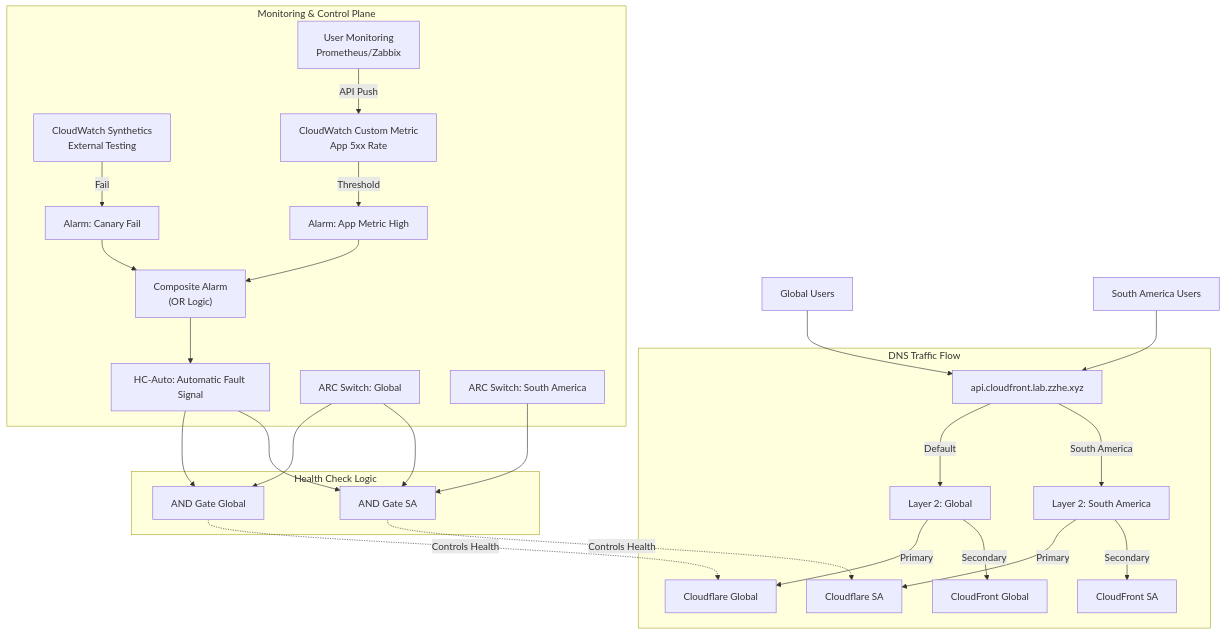
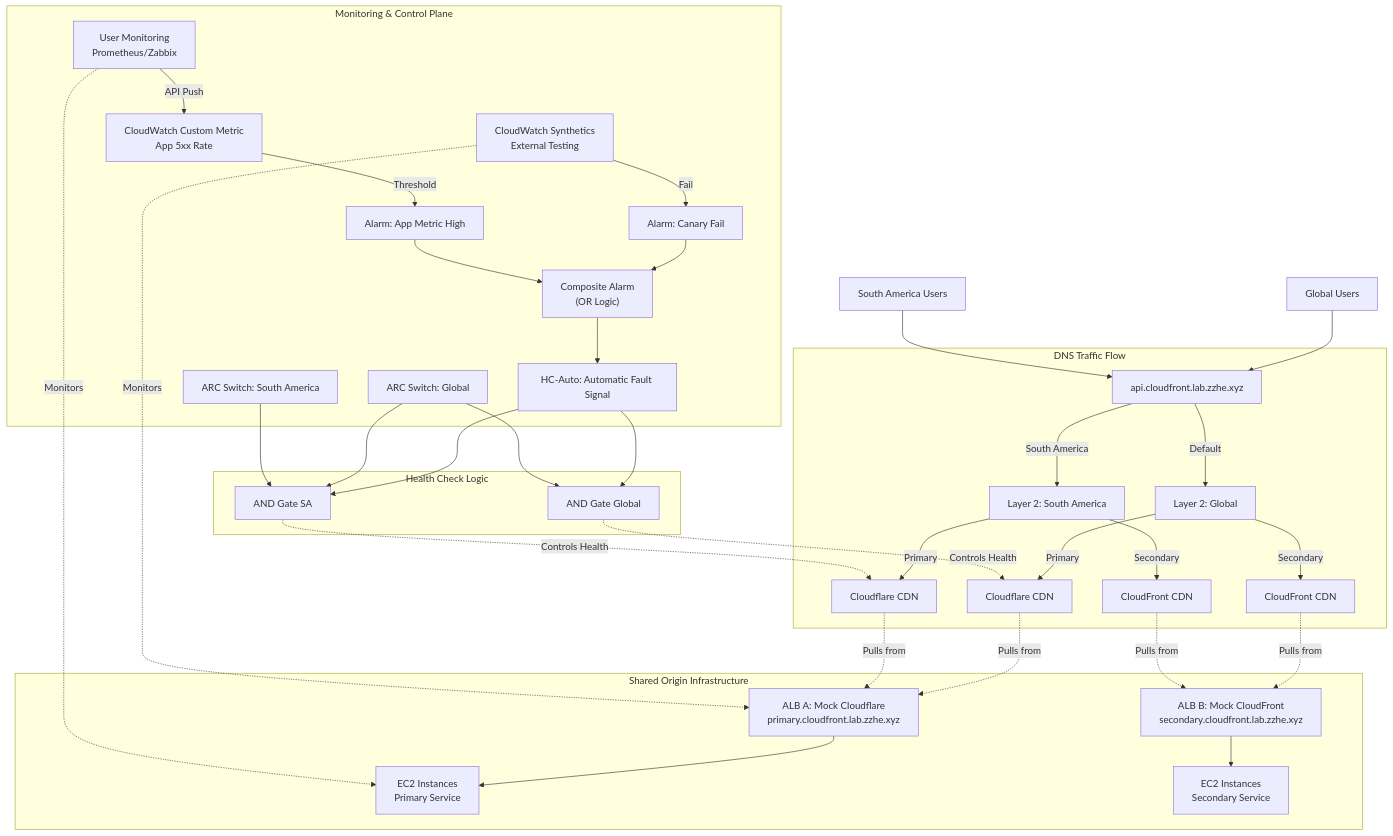
Before and after one commit to zhang1980s/aws-multi-cdn-control-lab: the diagram in README.md, drawn with Mermaid. The commit also changed other lines of this file, not shown here.

First line of the commit message:
Clarify shared origin architecture: Global and South America use same origin infrastructure

````diff
--- a/README.md
+++ b/README.md
@@ -36,46 +37,67 @@
 ```mermaid
 graph TD
     UserGlobal[Global Users]
     UserSA[South America Users]
 
     UserGlobal --> R53_Entry
     UserSA --> R53_Entry
 
     subgraph DNS["DNS Traffic Flow"]
         R53_Entry["api.cloudfront.lab.zzhe.xyz"] -->|Default| R53_Global["Layer 2: Global"]
         R53_Entry -->|South America| R53_SA["Layer 2: South America"]
 
-        R53_Global -->|Primary| CF_G[Cloudflare Global]
-        R53_Global -->|Secondary| AWS_G[CloudFront Global]
+        R53_Global -->|Primary| CF_Global[Cloudflare CDN]
+        R53_Global -->|Secondary| AWS_Global[CloudFront CDN]
 
-        R53_SA -->|Primary| CF_SA[Cloudflare SA]
-        R53_SA -->|Secondary| AWS_SA[CloudFront SA]
+        R53_SA -->|Primary| CF_SA[Cloudflare CDN]
+        R53_SA -->|Secondary| AWS_SA[CloudFront CDN]
+    end
+
+    subgraph Origin["Shared Origin Infrastructure"]
+        ALB_Primary["ALB A: Mock Cloudflare<br/>primary.cloudfront.lab.zzhe.xyz"]
+        ALB_Secondary["ALB B: Mock CloudFront<br/>secondary.cloudfront.lab.zzhe.xyz"]
+        EC2_Primary["EC2 Instances<br/>Primary Service"]
+        EC2_Secondary["EC2 Instances<br/>Secondary Service"]
+
+        ALB_Primary --> EC2_Primary
+        ALB_Secondary --> EC2_Secondary
     end
 
     subgraph Monitor["Monitoring & Control Plane"]
         CW_Canary["CloudWatch Synthetics<br/>External Testing"] -->|Fail| Alarm_AWS["Alarm: Canary Fail"]
 
         User_Sys["User Monitoring<br/>Prometheus/Zabbix"] -->|API Push| CW_Metric["CloudWatch Custom Metric<br/>App 5xx Rate"]
         CW_Metric -->|Threshold| Alarm_User["Alarm: App Metric High"]
 
         Alarm_AWS --> Composite_Alarm["Composite Alarm<br/>(OR Logic)"]
         Alarm_User --> Composite_Alarm
 
         Composite_Alarm --> HC_Auto["HC-Auto: Automatic Fault Signal"]
 
         ARC_Global["ARC Switch: Global"]
         ARC_SA["ARC Switch: South America"]
     end
 
     subgraph Logic["Health Check Logic"]
         HC_Auto --> Calc_G["AND Gate Global"]
         ARC_Global --> Calc_G
 
         HC_Auto --> Calc_SA["AND Gate SA"]
         ARC_Global --> Calc_SA
         ARC_SA --> Calc_SA
     end
 
-    Calc_G -.->|Controls Health| CF_G
+    %% CDNs pull from shared origin
+    CF_Global -.->|Pulls from| ALB_Primary
+    AWS_Global -.->|Pulls from| ALB_Secondary
+    CF_SA -.->|Pulls from| ALB_Primary
+    AWS_SA -.->|Pulls from| ALB_Secondary
+
+    %% Health checks monitor CDN availability
+    Calc_G -.->|Controls Health| CF_Global
     Calc_SA -.->|Controls Health| CF_SA
+
+    %% Origin monitoring
+    CW_Canary -.->|Monitors| ALB_Primary
+    User_Sys -.->|Monitors| EC2_Primary
 ```
````
